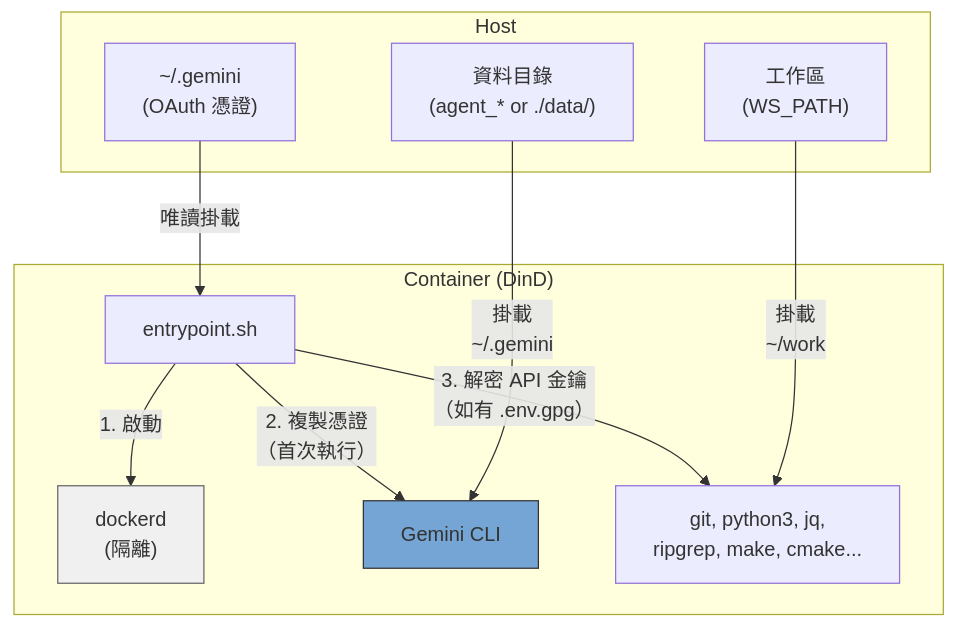
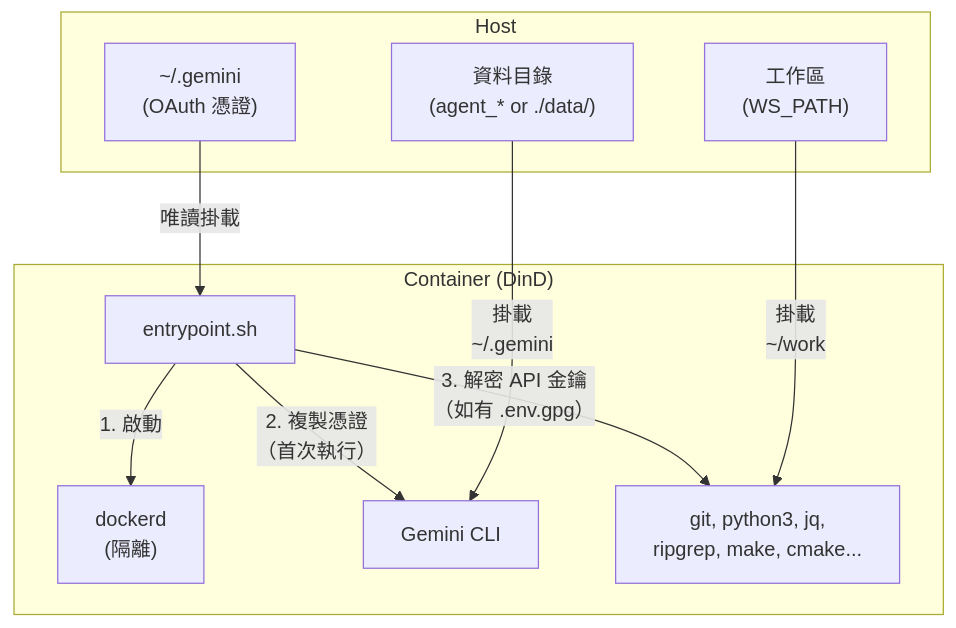
The first of 3 diagrams in doc/README.zh-TW.md (ycpss91255-docker/gemini_cli), drawn with Mermaid before and after one commit. The commit also changed other lines of this file and 3 other files, not shown here.

Commit message:
docs: remove mermaid background colors from architecture diagrams

````diff
--- a/doc/README.zh-TW.md
+++ b/doc/README.zh-TW.md
@@ -42,26 +42,24 @@
 ```mermaid
 graph TB
     subgraph Host
         H_OAuth["~/.gemini<br/>(OAuth 憑證)"]
         H_WS["工作區<br/>(WS_PATH)"]
         H_Data["資料目錄<br/>(agent_* or ./data/)"]
     end
 
     subgraph "Container (DinD)"
         EP["entrypoint.sh"]
         DinD["dockerd<br/>(隔離)"]
         Gemini["Gemini CLI"]
         Tools["git, python3, jq,<br/>ripgrep, make, cmake..."]
 
         EP -->|"1. 啟動"| DinD
         EP -->|"2. 複製憑證<br/>（首次執行）"| Gemini
         EP -->|"3. 解密 API 金鑰<br/>（如有 .env.gpg）"| Tools
     end
 
     H_OAuth -->|"唯讀掛載"| EP
     H_WS -->|"掛載<br/>~/work"| Tools
     H_Data -->|"掛載<br/>~/.gemini"| Gemini
 
-    style DinD fill:#f0f0f0,stroke:#666
-    style Gemini fill:#74a5d4,stroke:#333
 ```
````
